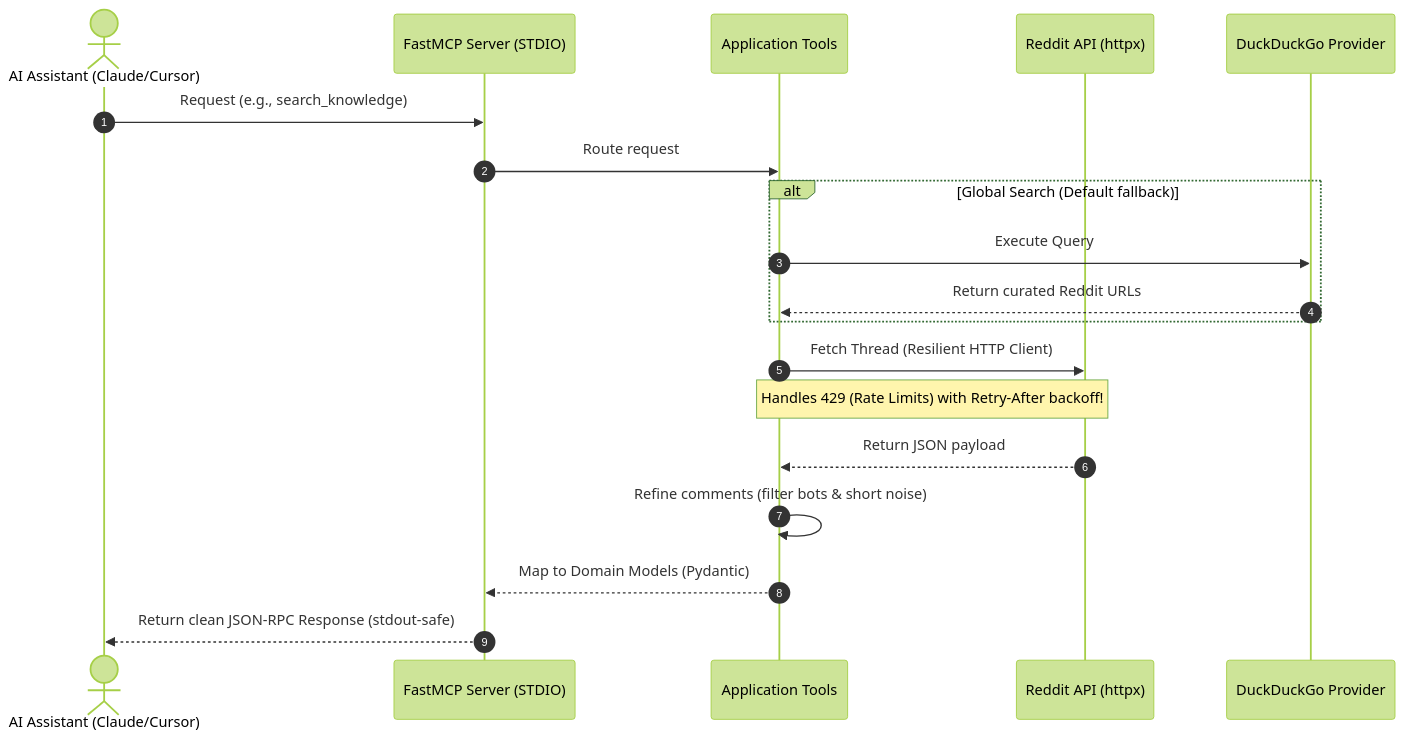
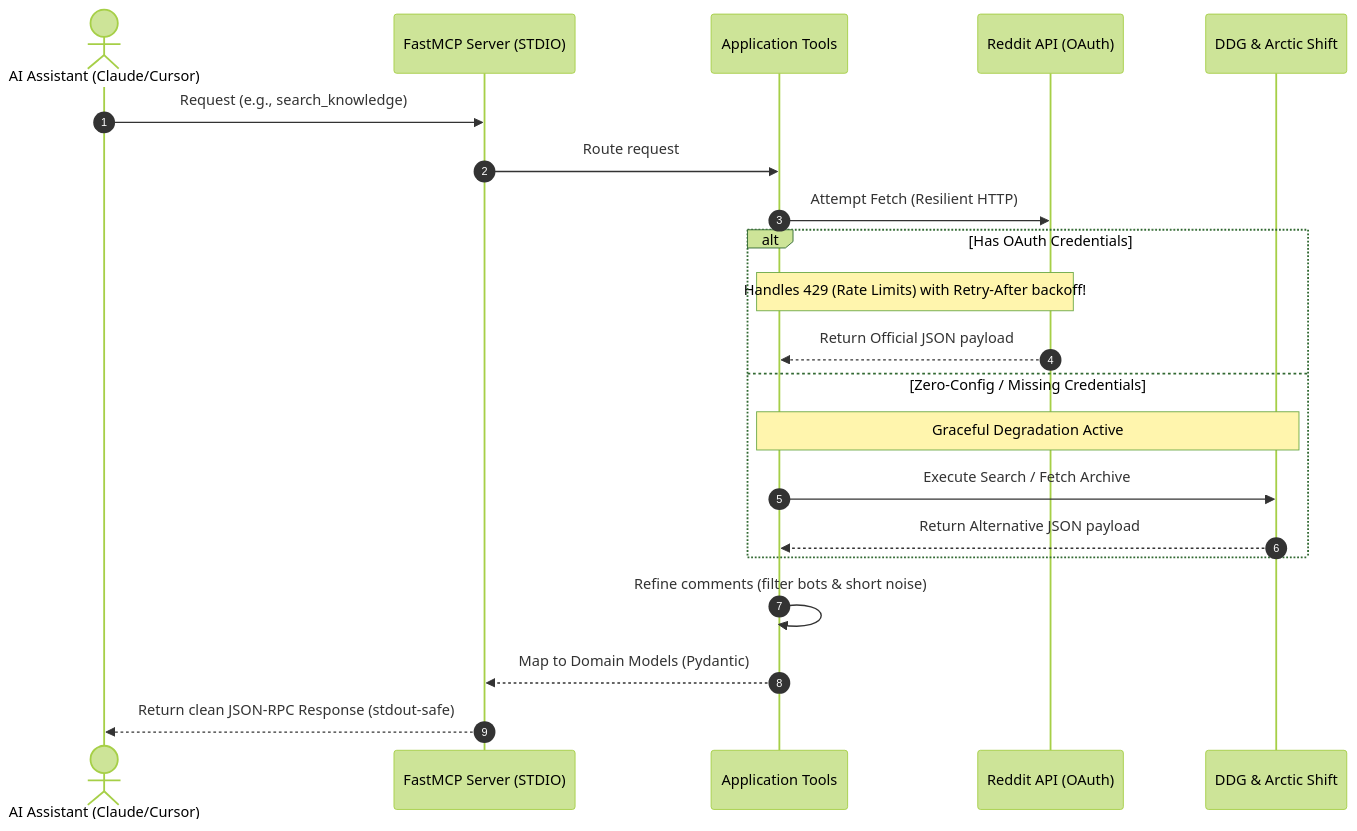
One commit to brianluby/reddit-mcp-server changed the diagram in README.md. Above: the diagram before and after it, drawn with Mermaid (forest theme). The commit also changed other lines of this file, not shown here.

Commit message:
docs: update README with zero-config fallback details

````diff
--- a/README.md
+++ b/README.md
@@ -17,22 +18,24 @@
 ```mermaid
 sequenceDiagram
     autonumber
     actor AI as AI Assistant (Claude/Cursor)
     participant MCP as FastMCP Server (STDIO)
     participant Tools as Application Tools
-    participant Reddit as Reddit API (httpx)
-    participant DDG as DuckDuckGo Provider
+    participant Reddit as Reddit API (OAuth)
+    participant Fallback as DDG & Arctic Shift
 
     AI->>MCP: Request (e.g., search_knowledge)
     MCP->>Tools: Route request
-    alt Global Search (Default fallback)
-        Tools->>DDG: Execute Query
-        DDG-->>Tools: Return curated Reddit URLs
+    Tools->>Reddit: Attempt Fetch (Resilient HTTP)
+    alt Has OAuth Credentials
+        Note over Reddit,Tools: Handles 429 (Rate Limits) with Retry-After backoff!
+        Reddit-->>Tools: Return Official JSON payload
+    else Zero-Config / Missing Credentials
+        Note over Tools,Fallback: Graceful Degradation Active
+        Tools->>Fallback: Execute Search / Fetch Archive
+        Fallback-->>Tools: Return Alternative JSON payload
     end
-    Tools->>Reddit: Fetch Thread (Resilient HTTP Client)
-    Note over Reddit,Tools: Handles 429 (Rate Limits) with Retry-After backoff!
-    Reddit-->>Tools: Return JSON payload
     Tools->>Tools: Refine comments (filter bots & short noise)
     Tools-->>MCP: Map to Domain Models (Pydantic)
     MCP-->>AI: Return clean JSON-RPC Response (stdout-safe)
 ```
````
